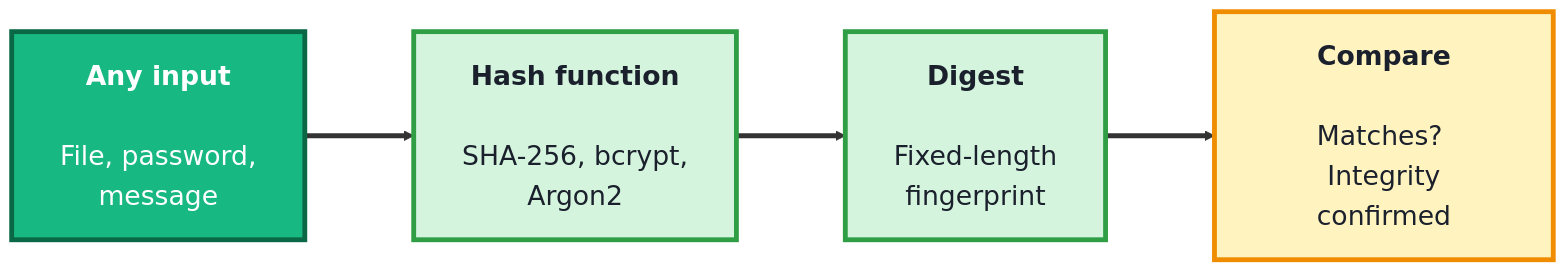
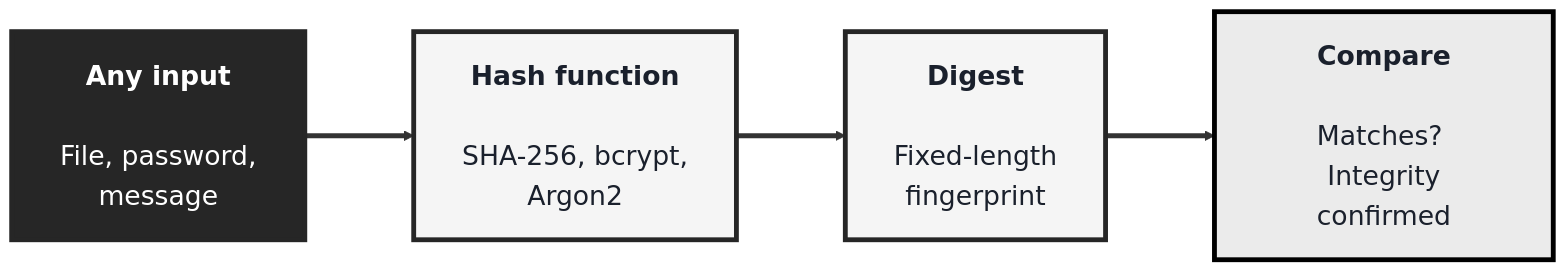
The second of 3 diagrams in src/Pages/courses/TechGuard/module-4-cryptography.md (SHEMODELTECH/shemodeltech), drawn with Mermaid before and after one commit. The commit also changed other lines of this file and 46 other files, not shown here.

````diff
--- a/src/Pages/courses/TechGuard/module-4-cryptography.md
+++ b/src/Pages/courses/TechGuard/module-4-cryptography.md
@@ -136,16 +136,16 @@
 ```mermaid
-%%{init: {'theme':'base', 'themeVariables': {'fontSize':'22px', 'primaryTextColor':'#1a202c', 'primaryBorderColor':'#0a6847', 'lineColor':'#333333'}, 'flowchart': {'nodeSpacing': 70, 'rankSpacing': 90, 'padding': 20}}}%%
+%%{init: {'theme':'base', 'themeVariables': {'fontSize':'22px', 'primaryTextColor':'#1a202c', 'primaryBorderColor':'#262626', 'lineColor':'#333333'}, 'flowchart': {'nodeSpacing': 70, 'rankSpacing': 90, 'padding': 20}}}%%
 flowchart LR
     IN["<b>Any input</b><br/><br/>File, password,<br/>message"]
     HF["<b>Hash function</b><br/><br/>SHA-256, bcrypt,<br/>Argon2"]
     DIG["<b>Digest</b><br/><br/>Fixed-length<br/>fingerprint"]
     CHK["<b>Compare</b><br/><br/>Matches? Integrity<br/>confirmed"]
 
     IN ==> HF ==> DIG ==> CHK
 
-    style IN fill:#17b881,color:#fff,stroke:#0a6847,stroke-width:4px
-    style HF fill:#d4f4dd,color:#1a202c,stroke:#2f9e44,stroke-width:4px
-    style DIG fill:#d4f4dd,color:#1a202c,stroke:#2f9e44,stroke-width:4px
-    style CHK fill:#fff3bf,color:#1a202c,stroke:#f08c00,stroke-width:4px
+    style IN fill:#262626,color:#fff,stroke:#262626,stroke-width:4px
+    style HF fill:#F5F5F5,color:#1a202c,stroke:#262626,stroke-width:4px
+    style DIG fill:#F5F5F5,color:#1a202c,stroke:#262626,stroke-width:4px
+    style CHK fill:#EBEBEB,color:#1a202c,stroke:#000000,stroke-width:4px
     linkStyle default stroke-width:4px,stroke:#333333
 ```
````
